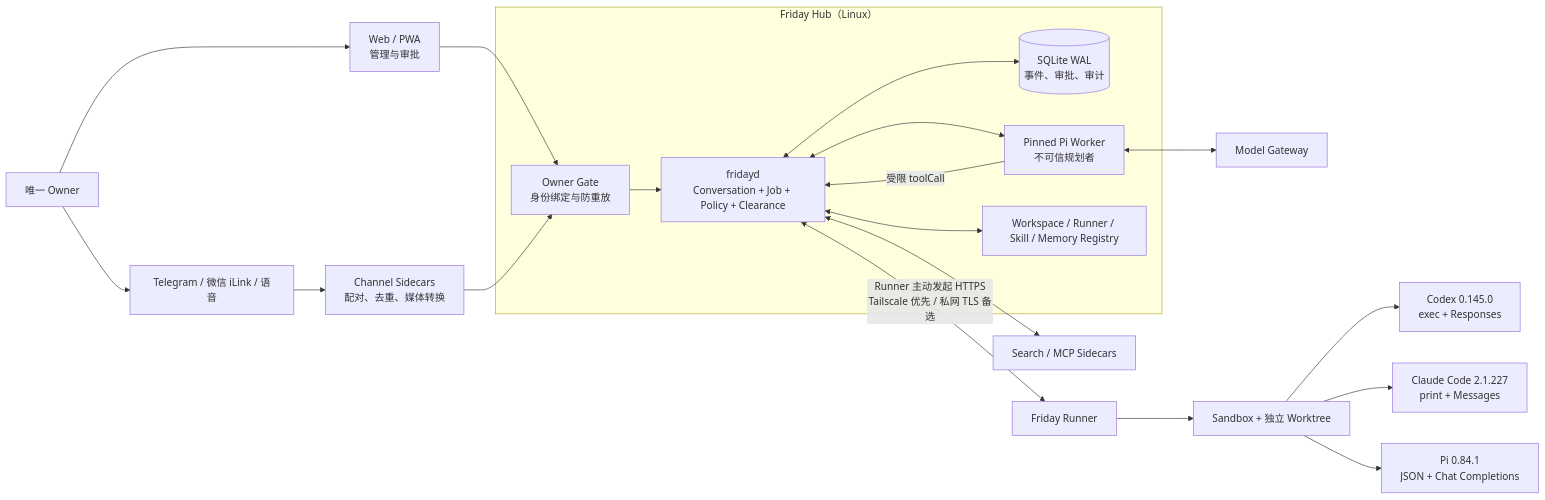
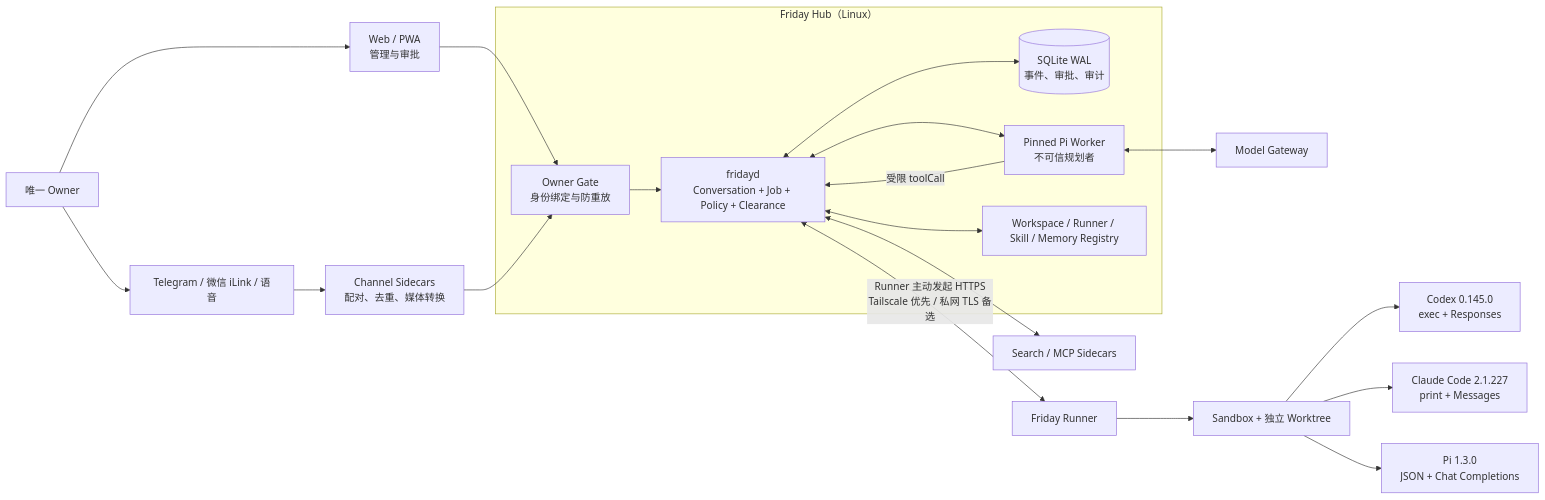
Before and after one commit to JimiZhou/friday-agent: the first of 2 diagrams in docs/architecture.md, drawn with Mermaid. The commit also changed other lines of this file and 52 other files, not shown here.

````diff
--- a/docs/architecture.md
+++ b/docs/architecture.md
@@ -59,29 +59,29 @@
 ```mermaid
 flowchart LR
     Owner["唯一 Owner"] --> Web["Web / PWA\n管理与审批"]
     Owner --> Channels["Telegram / 微信 iLink / 语音"]
     Channels --> CS["Channel Sidecars\n配对、去重、媒体转换"]
     Web --> Gate
     CS --> Gate
 
     subgraph HubBox["Friday Hub（Linux）"]
         Gate["Owner Gate\n身份绑定与防重放"]
         Core["fridayd\nConversation + Job + Policy + Clearance"]
         DB[("SQLite WAL\n事件、审批、审计")]
         Pi["Pinned Pi Worker\n不可信规划者"]
         Registry["Workspace / Runner / Skill / Memory Registry"]
         Gate --> Core
         Core <--> DB
         Core <--> Registry
         Core <--> Pi
     end
 
     Pi <--> Model["Model Gateway"]
     Pi -->|"受限 toolCall"| Core
     Core <--> Broker["Search / MCP Sidecars"]
     Core <-->|"Runner 主动发起 HTTPS\nTailscale 优先 / 私网 TLS 备选"| Runner["Friday Runner"]
     Runner --> Sandbox["Sandbox + 独立 Worktree"]
     Sandbox --> Codex["Codex 0.145.0\nexec + Responses"]
     Sandbox --> Claude["Claude Code 2.1.227\nprint + Messages"]
-    Sandbox --> PiRPC["Pi 0.84.1\nJSON + Chat Completions"]
+    Sandbox --> PiRPC["Pi 1.3.0\nJSON + Chat Completions"]
 ```
````
